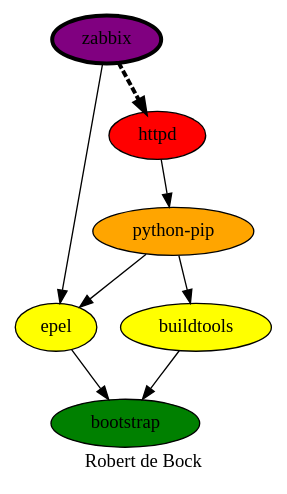
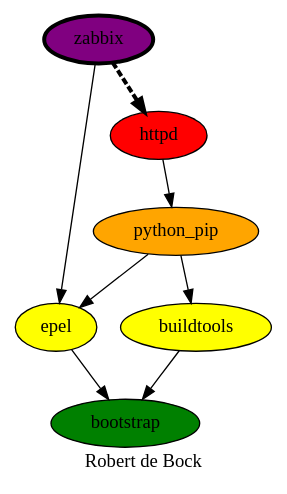
One commit to robertdebock/drawings changed the diagram in zabbix.dot. Above: the diagram before and after it, drawn with Graphviz. The commit also changed 14 other files, not shown here.

```diff
--- a/zabbix.dot
+++ b/zabbix.dot
@@ -1,17 +1,17 @@
 digraph PhiloDilemma {
   label = "Robert de Bock" ;
   overlap=false
   {
     bootstrap [fillcolor=green style=filled]
     buildtools [fillcolor=yellow style=filled]
     epel [fillcolor=yellow style=filled]
-    "python-pip" [fillcolor=orange style=filled]
+    "python_pip" [fillcolor=orange style=filled]
     httpd [fillcolor=red style=filled]
     zabbix [fillcolor=purple style=filled penwidth=3]
   }
   {buildtools epel} -> bootstrap
-  "python-pip" -> {buildtools epel}
-  httpd -> "python-pip"
+  "python_pip" -> {buildtools epel}
+  httpd -> "python_pip"
   zabbix -> epel
   zabbix -> httpd [style=dashed penwidth=3]
 }
```
